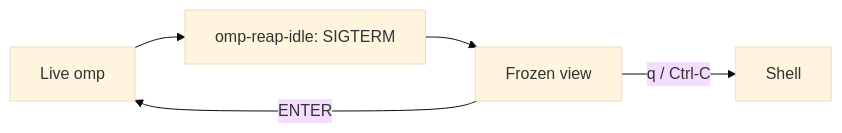
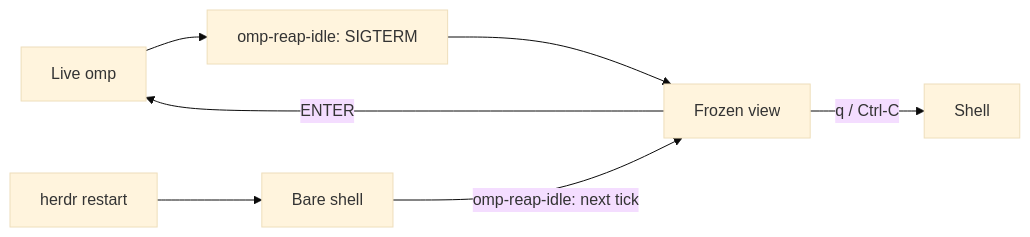
Before and after one commit to xenking/herdr-omp-sleep: the diagram in README.md, drawn with Mermaid (base theme). The commit also changed other lines of this file and 6 other files, not shown here.

````diff
--- a/README.md
+++ b/README.md
@@ -17,7 +19,9 @@
 ```mermaid
 graph LR
     A["Live omp"] --> B["omp-reap-idle: SIGTERM"]
     B --> C["Frozen view"]
     C -->|"ENTER"| A
     C -->|"q / Ctrl-C"| D["Shell"]
+    E["herdr restart"] --> F["Bare shell"]
+    F -->|"omp-reap-idle: next tick"| C
 ```
````
